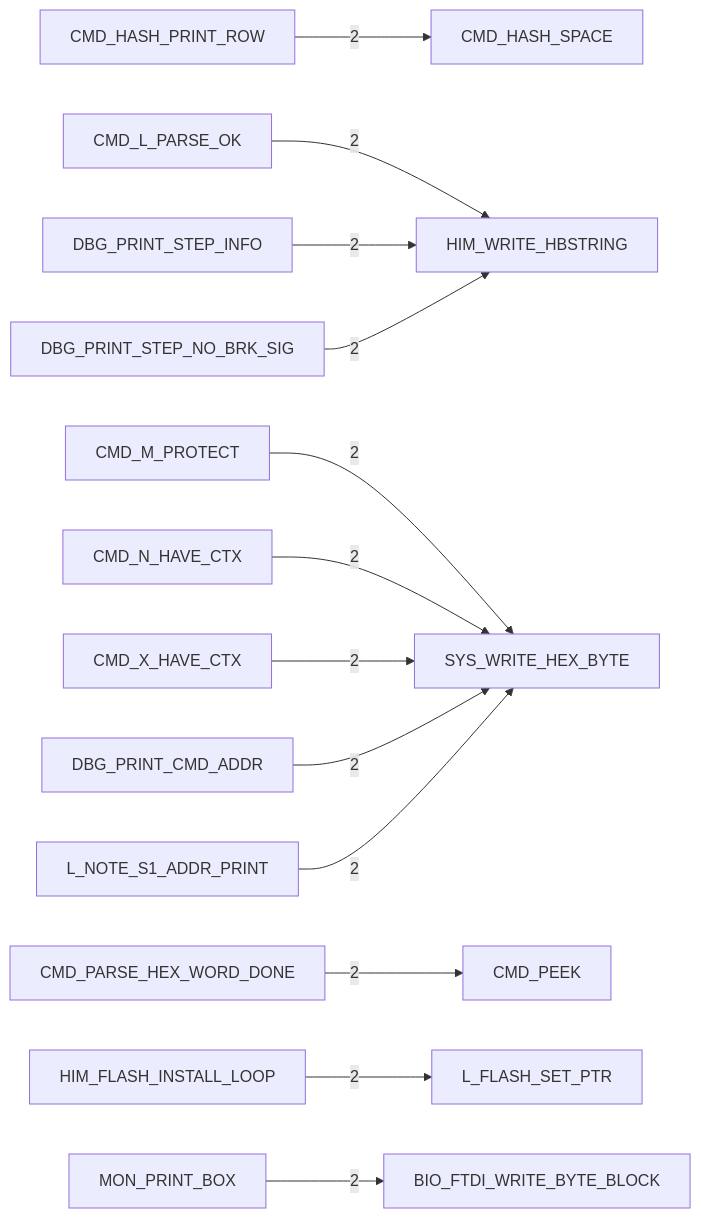
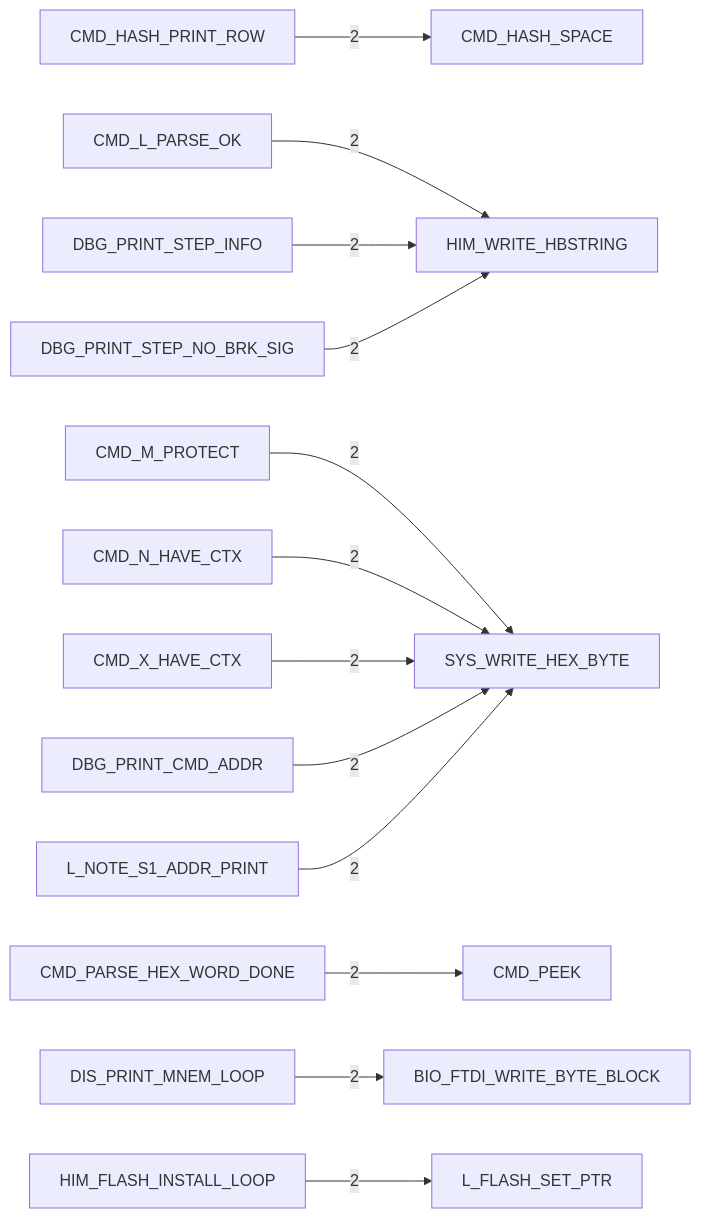
One commit to 95westus/R-YORS changed the fourth of 6 diagrams in DOC/GENERATED/HIMON_COMMAND_MAP.md. Above: the diagram before and after it, drawn with Mermaid. The commit also changed other lines of this file and 85 other files, not shown here.

````diff
--- a/DOC/GENERATED/HIMON_COMMAND_MAP.md
+++ b/DOC/GENERATED/HIMON_COMMAND_MAP.md
@@ -60,15 +60,15 @@
 ```mermaid
 flowchart LR
     N_CMD_HASH_PRINT_ROW[CMD_HASH_PRINT_ROW] -->|2| N_CMD_HASH_SPACE[CMD_HASH_SPACE]
     N_CMD_L_PARSE_OK[CMD_L_PARSE_OK] -->|2| N_HIM_WRITE_HBSTRING[HIM_WRITE_HBSTRING]
     N_CMD_M_PROTECT[CMD_M_PROTECT] -->|2| N_SYS_WRITE_HEX_BYTE[SYS_WRITE_HEX_BYTE]
     N_CMD_N_HAVE_CTX[CMD_N_HAVE_CTX] -->|2| N_SYS_WRITE_HEX_BYTE[SYS_WRITE_HEX_BYTE]
     N_CMD_PARSE_HEX_WORD_DONE[CMD_PARSE_HEX_WORD_DONE] -->|2| N_CMD_PEEK[CMD_PEEK]
     N_CMD_X_HAVE_CTX[CMD_X_HAVE_CTX] -->|2| N_SYS_WRITE_HEX_BYTE[SYS_WRITE_HEX_BYTE]
     N_DBG_PRINT_CMD_ADDR[DBG_PRINT_CMD_ADDR] -->|2| N_SYS_WRITE_HEX_BYTE[SYS_WRITE_HEX_BYTE]
     N_DBG_PRINT_STEP_INFO[DBG_PRINT_STEP_INFO] -->|2| N_HIM_WRITE_HBSTRING[HIM_WRITE_HBSTRING]
     N_DBG_PRINT_STEP_NO_BRK_SIG[DBG_PRINT_STEP_NO_BRK_SIG] -->|2| N_HIM_WRITE_HBSTRING[HIM_WRITE_HBSTRING]
+    N_DIS_PRINT_MNEM_LOOP[DIS_PRINT_MNEM_LOOP] -->|2| N_BIO_FTDI_WRITE_BYTE_BLOCK[BIO_FTDI_WRITE_BYTE_BLOCK]
     N_HIM_FLASH_INSTALL_LOOP[HIM_FLASH_INSTALL_LOOP] -->|2| N_L_FLASH_SET_PTR[L_FLASH_SET_PTR]
     N_L_NOTE_S1_ADDR_PRINT[L_NOTE_S1_ADDR_PRINT] -->|2| N_SYS_WRITE_HEX_BYTE[SYS_WRITE_HEX_BYTE]
-    N_MON_PRINT_BOX[MON_PRINT_BOX] -->|2| N_BIO_FTDI_WRITE_BYTE_BLOCK[BIO_FTDI_WRITE_BYTE_BLOCK]
 ```
````
